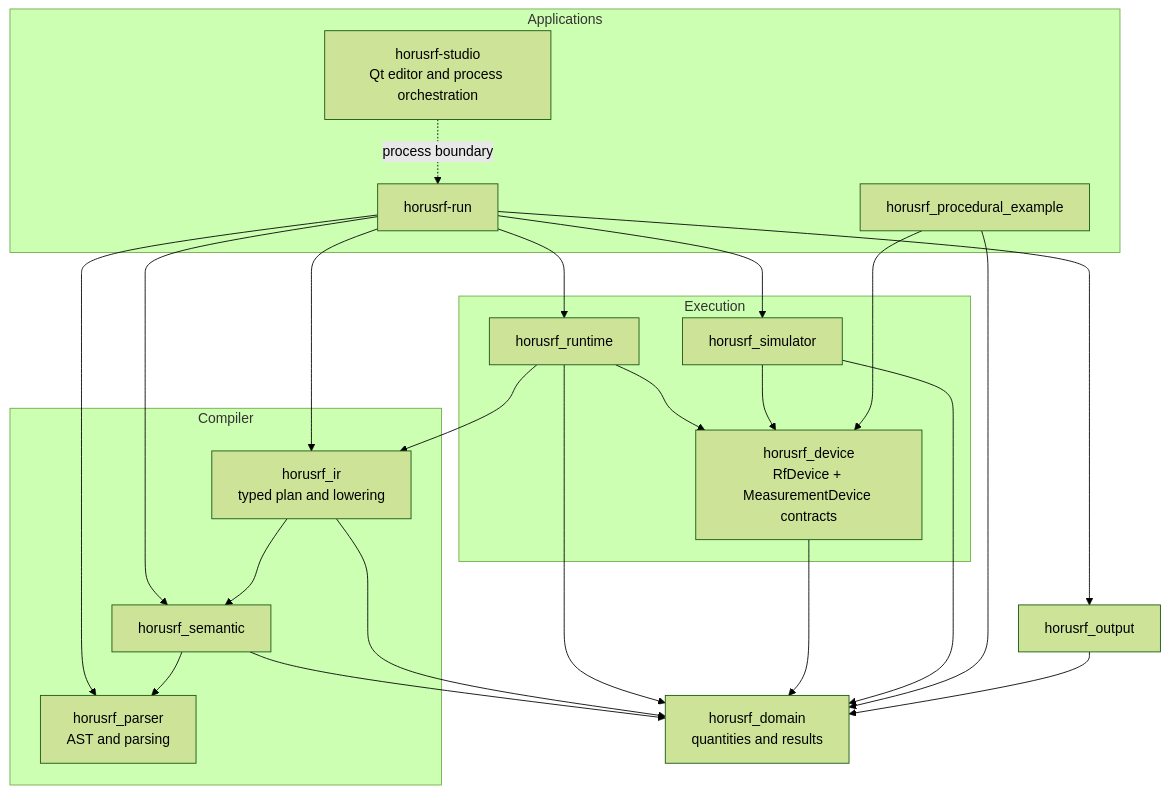
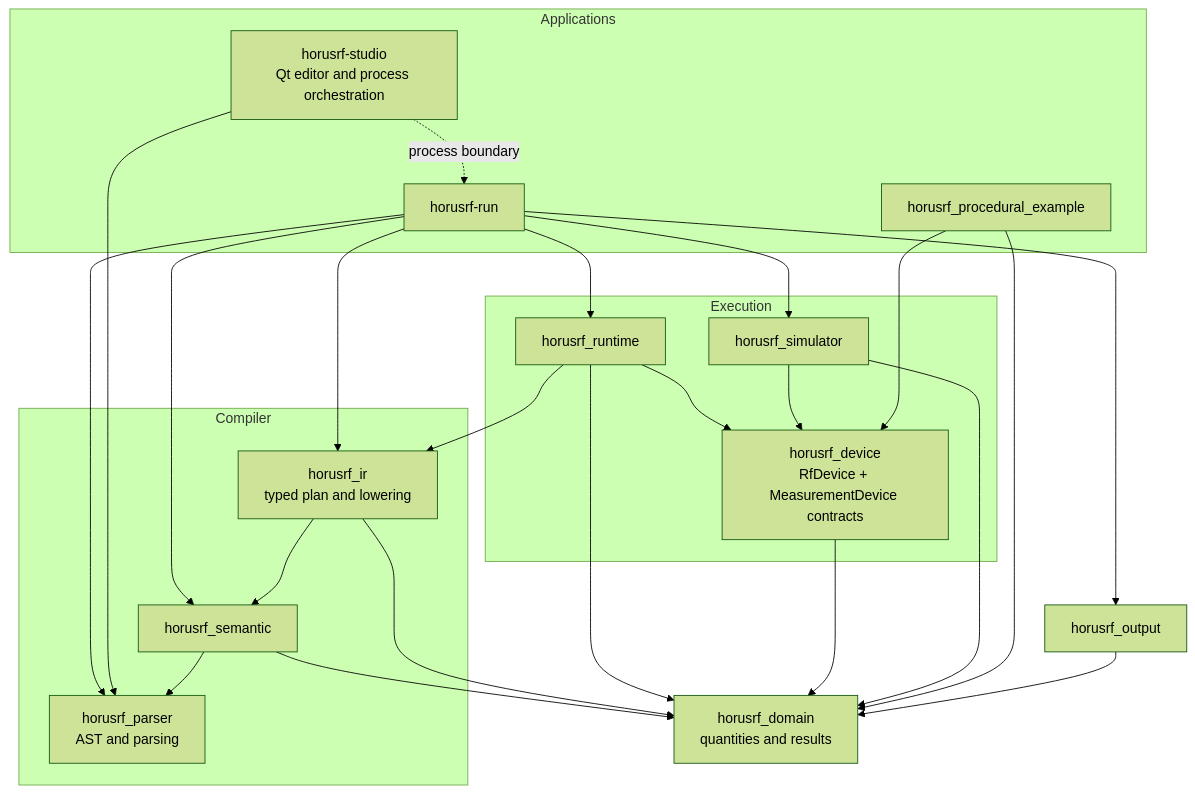
The second of 4 diagrams in docs/architecture.md (sergiorf/HorusRF), drawn with Mermaid (forest theme) before and after one commit. The commit also changed other lines of this file and 6 other files, not shown here.

````diff
--- a/docs/architecture.md
+++ b/docs/architecture.md
@@ -61,46 +61,47 @@
 ```mermaid
 flowchart TB
     subgraph Applications
         CLI[horusrf-run]
         Studio[horusrf-studio<br/>Qt editor and process orchestration]
         Procedural[horusrf_procedural_example]
     end
 
     subgraph Compiler
         Parser[horusrf_parser<br/>AST and parsing]
         Semantic[horusrf_semantic]
         IR[horusrf_ir<br/>typed plan and lowering]
     end
 
     subgraph Execution
         Runtime[horusrf_runtime]
         Device[horusrf_device<br/>RfDevice + MeasurementDevice contracts]
         Simulator[horusrf_simulator]
     end
 
     Output[horusrf_output]
     Domain[horusrf_domain<br/>quantities and results]
 
     CLI --> Parser
     CLI --> Semantic
     CLI --> IR
     CLI --> Runtime
     CLI --> Simulator
     CLI --> Output
 
     Studio -. process boundary .-> CLI
+    Studio --> Parser
 
     Semantic --> Parser
     Semantic --> Domain
     IR --> Semantic
     IR --> Domain
     Runtime --> IR
     Runtime --> Device
     Runtime --> Domain
     Device --> Domain
     Simulator --> Device
     Simulator --> Domain
     Procedural --> Device
     Procedural --> Domain
     Output --> Domain
 ```
````
